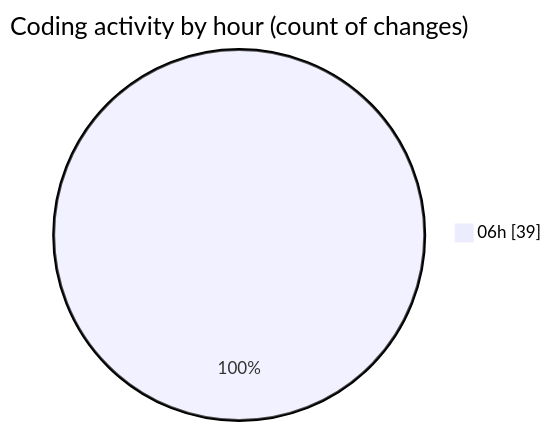
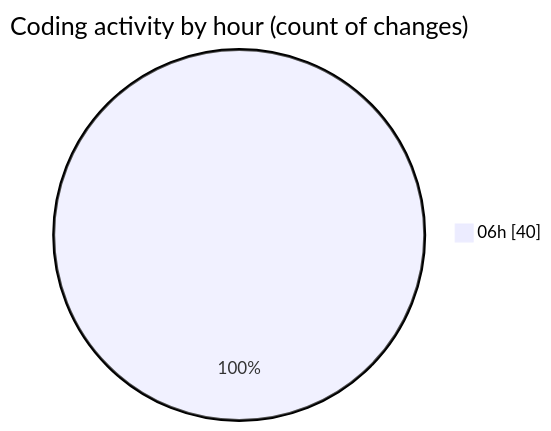
One commit to charlie-sans/code-tracking changed the second of 2 diagrams in 2025-02-25/micros/README.md. Above: the diagram before and after it, drawn with Mermaid. The commit also changed other lines of this file and 1 other file, not shown here.

````diff
--- a/2025-02-25/micros/README.md
+++ b/2025-02-25/micros/README.md
@@ -40,5 +40,5 @@
 ```mermaid
 pie showData
 title Coding activity by hour (count of changes)
-"06h" : 39
+"06h" : 40
 ```
````
